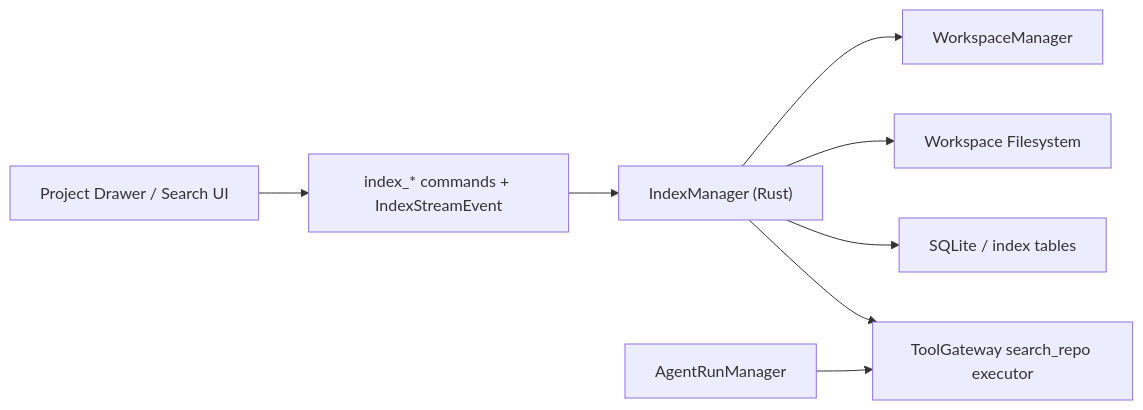
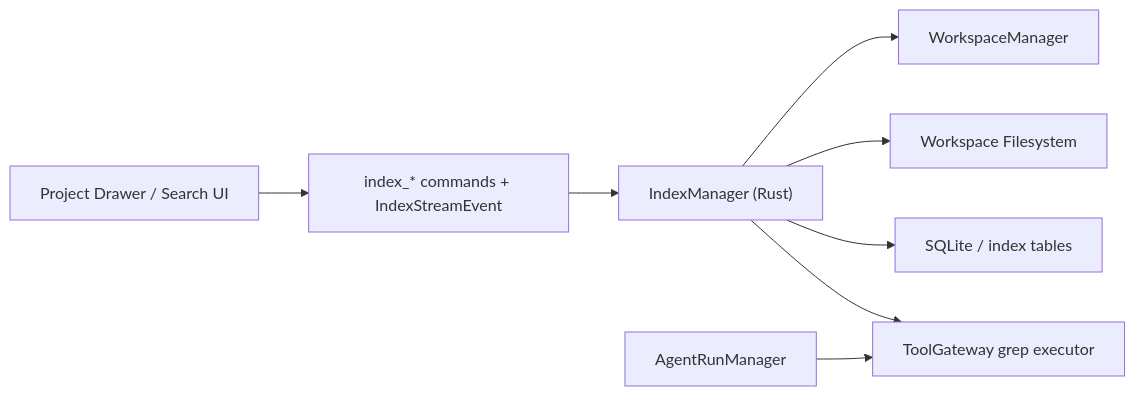
The diagram in docs/module/index-design-20260316.md (TiyAgents/tiycode), drawn with Mermaid before and after one commit. The commit also changed other lines of this file and 27 other files, not shown here.

Commit message:
refactor(tools): 🛡️ rename runtime tool surface to shell/grep/term_*

````diff
--- a/docs/module/index-design-20260316.md
+++ b/docs/module/index-design-20260316.md
@@ -87,10 +87,10 @@
 ```mermaid
 flowchart LR
   UI["Project Drawer / Search UI"] --> BRIDGE["index_* commands + IndexStreamEvent"]
   BRIDGE --> IM["IndexManager (Rust)"]
   IM --> WM["WorkspaceManager"]
   IM --> FS["Workspace Filesystem"]
   IM --> DB["SQLite / index tables"]
-  IM --> TG["ToolGateway search_repo executor"]
+  IM --> TG["ToolGateway grep executor"]
   ARM["AgentRunManager"] --> TG
 ```
````
